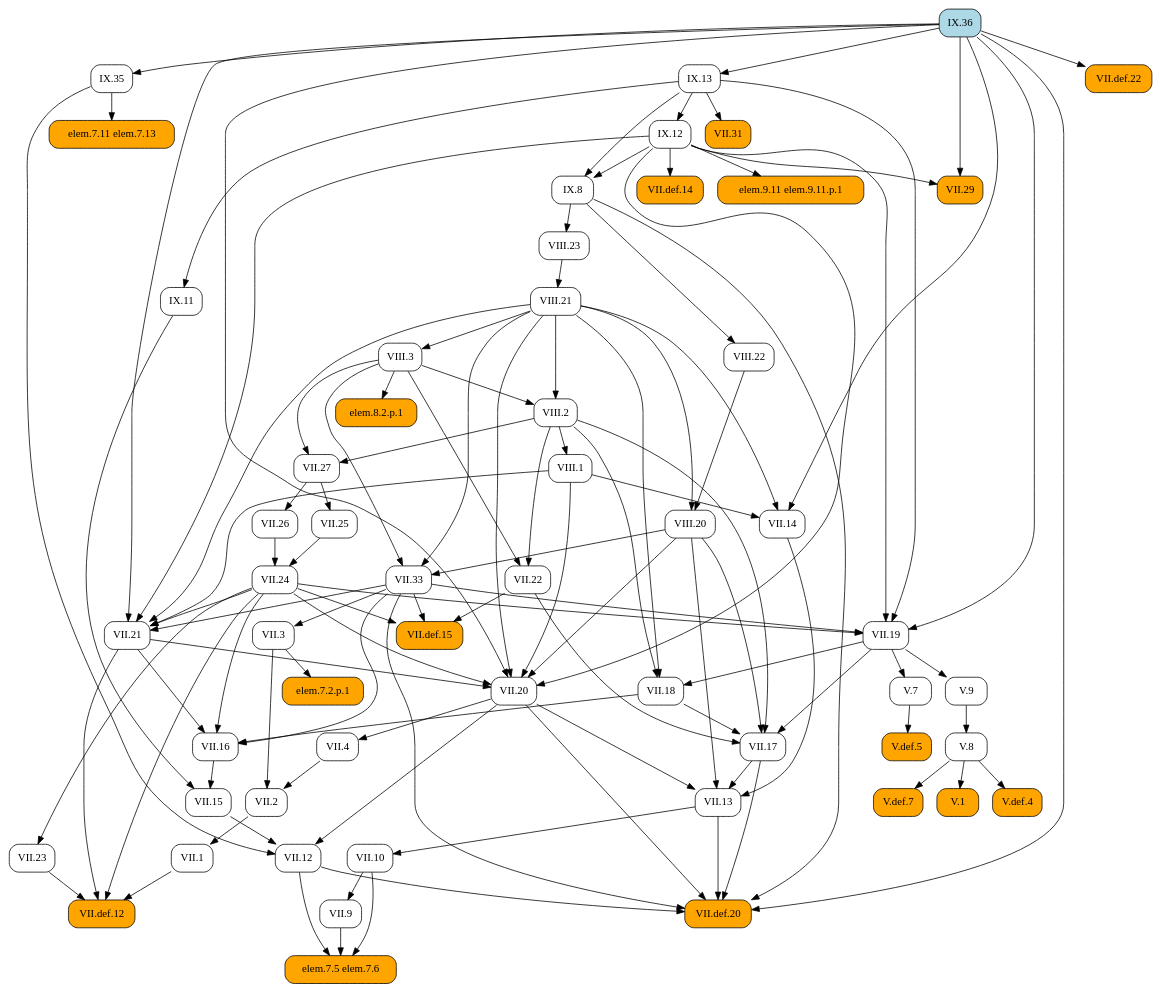
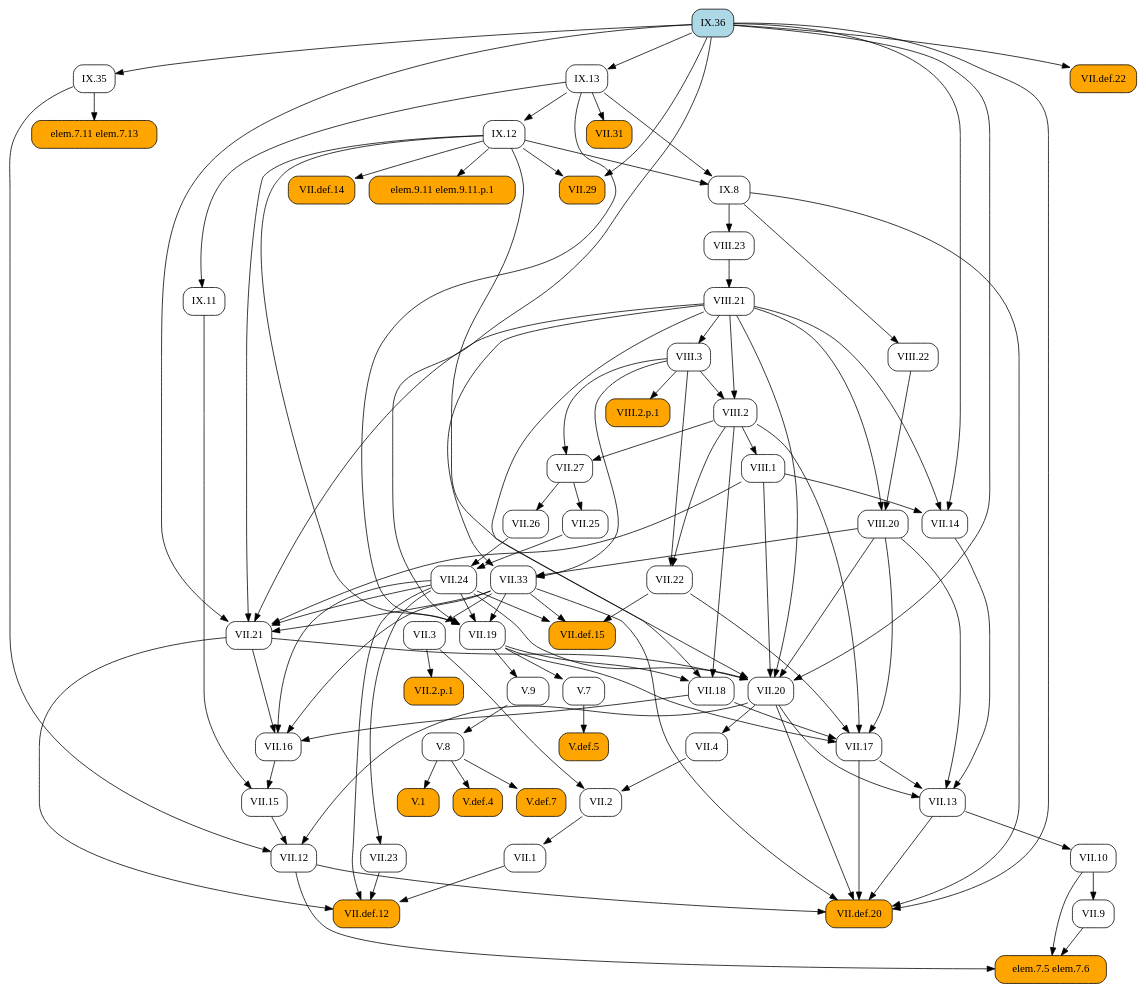
The diagram in docsrc/heath/IX/36/index.rst (geometor/elements), drawn with Graphviz before and after one commit. The commit also changed 484 other files, not shown here.

```diff
--- a/docsrc/heath/IX/36/index.rst
+++ b/docsrc/heath/IX/36/index.rst
@@ -88,120 +88,79 @@
    digraph {
      rankdir="TB";
      node [shape=box, style=rounded];
-     "VII.1" [URL="/heath/VII/1/", target="_top"];
+     "IX.8" [URL="/heath/IX/8/", target="_top"];
+     "VII.12" [URL="/heath/VII/12/", target="_top"];
+     "VII.def.14" [style="rounded,filled", fillcolor=orange, URL="/heath/VII/def.14/", target="_top"];
+     "elem.7.5 elem.7.6" [style="rounded,filled", fillcolor=orange];
+     "VIII.20" [URL="/heath/VIII/20/", target="_top"];
+     "VII.33" [URL="/heath/VII/33/", target="_top"];
      "VII.9" [URL="/heath/VII/9/", target="_top"];
-     "V.def.5" [style="rounded,filled", fillcolor=orange, URL="/heath/V/def.5/", target="_top"];
-     "IX.13" [URL="/heath/IX/13/", target="_top"];
-     "VII.29" [style="rounded,filled", fillcolor=orange, URL="/heath/VII/29/", target="_top"];
-     "VIII.23" [URL="/heath/VIII/23/", target="_top"];
      "IX.12" [URL="/heath/IX/12/", target="_top"];
-     "IX.11" [URL="/heath/IX/11/", target="_top"];
-     "VII.17" [URL="/heath/VII/17/", target="_top"];
-     "VII.3" [URL="/heath/VII/3/", target="_top"];
-     "elem.7.5 elem.7.6" [style="rounded,filled", fillcolor=orange];
-     "IX.35" [URL="/heath/IX/35/", target="_top"];
-     "VIII.21" [URL="/heath/VIII/21/", target="_top"];
-     "V.7" [URL="/heath/V/7/", target="_top"];
-     "V.9" [URL="/heath/V/9/", target="_top"];
      "IX.36" [style="rounded,filled", fillcolor=lightblue, URL="/heath/IX/36/", target="_top"];
-     "VII.13" [URL="/heath/VII/13/", target="_top"];
-     "VII.2" [URL="/heath/VII/2/", target="_top"];
-     "VIII.1" [URL="/heath/VIII/1/", target="_top"];
      "VIII.2" [URL="/heath/VIII/2/", target="_top"];
-     "VII.12" [URL="/heath/VII/12/", target="_top"];
-     "IX.8" [URL="/heath/IX/8/", target="_top"];
-     "VII.24" [URL="/heath/VII/24/", target="_top"];
-     "VII.def.14" [style="rounded,filled", fillcolor=orange, URL="/heath/VII/def.14/", target="_top"];
-     "VII.def.12" [style="rounded,filled", fillcolor=orange, URL="/heath/VII/def.12/", target="_top"];
-     "V.8" [URL="/heath/V/8/", target="_top"];
-     "VII.33" [URL="/heath/VII/33/", target="_top"];
-     "VIII.22" [URL="/heath/VIII/22/", target="_top"];
-     "elem.7.2.p.1" [style="rounded,filled", fillcolor=orange];
-     "elem.9.11 elem.9.11.p.1" [style="rounded,filled", fillcolor=orange];
-     "VII.10" [URL="/heath/VII/10/", target="_top"];
-     "VII.def.15" [style="rounded,filled", fillcolor=orange, URL="/heath/VII/def.15/", target="_top"];
-     "VII.19" [URL="/heath/VII/19/", target="_top"];
      "VII.18" [URL="/heath/VII/18/", target="_top"];
      "VII.16" [URL="/heath/VII/16/", target="_top"];
+     "V.7" [URL="/heath/V/7/", target="_top"];
      "VII.26" [URL="/heath/VII/26/", target="_top"];
+     "V.def.5" [style="rounded,filled", fillcolor=orange, URL="/heath/V/def.5/", target="_top"];
+     "V.9" [URL="/heath/V/9/", target="_top"];
+     "VII.10" [URL="/heath/VII/10/", target="_top"];
+     "VIII.3" [URL="/heath/VIII/3/", target="_top"];
+     "VII.13" [URL="/heath/VII/13/", target="_top"];
+     "VIII.23" [URL="/heath/VIII/23/", target="_top"];
+     "VII.29" [style="rounded,filled", fillcolor=orange, URL="/heath/VII/29/", target="_top"];
+     "VII.31" [style="rounded,filled", fillcolor=orange, URL="/heath/VII/31/", target="_top"];
+     "elem.9.11 elem.9.11.p.1" [style="rounded,filled", fillcolor=orange];
+     "elem.7.11 elem.7.13" [style="rounded,filled", fillcolor=orange];
+     "VII.def.15" [style="rounded,filled", fillcolor=orange, URL="/heath/VII/def.15/", target="_top"];
+     "IX.13" [URL="/heath/IX/13/", target="_top"];
+     "VII.17" [URL="/heath/VII/17/", target="_top"];
+     "VII.19" [URL="/heath/VII/19/", target="_top"];
+     "VIII.2.p.1" [style="rounded,filled", fillcolor=orange];
+     "VII.2" [URL="/heath/VII/2/", target="_top"];
+     "VII.def.20" [style="rounded,filled", fillcolor=orange, URL="/heath/VII/def.20/", target="_top"];
+     "VII.2.p.1" [style="rounded,filled", fillcolor=orange];
+     "VII.15" [URL="/heath/VII/15/", target="_top"];
+     "V.def.4" [style="rounded,filled", fillcolor=orange, URL="/heath/V/def.4/", target="_top"];
+     "IX.35" [URL="/heath/IX/35/", target="_top"];
+     "VIII.22" [URL="/heath/VIII/22/", target="_top"];
+     "V.def.7" [style="rounded,filled", fillcolor=orange, URL="/heath/V/def.7/", target="_top"];
+     "VII.14" [URL="/heath/VII/14/", target="_top"];
+     "VIII.21" [URL="/heath/VIII/21/", target="_top"];
+     "VII.def.22" [style="rounded,filled", fillcolor=orange, URL="/heath/VII/def.22/", target="_top"];
+     "VII.27" [URL="/heath/VII/27/", target="_top"];
+     "VII.21" [URL="/heath/VII/21/", target="_top"];
+     "VII.1" [URL="/heath/VII/1/", target="_top"];
+     "VII.22" [URL="/heath/VII/22/", target="_top"];
+     "IX.11" [URL="/heath/IX/11/", target="_top"];
+     "VIII.1" [URL="/heath/VIII/1/", target="_top"];
+     "V.8" [URL="/heath/V/8/", target="_top"];
+     "VII.25" [URL="/heath/VII/25/", target="_top"];
+     "VII.23" [URL="/heath/VII/23/", target="_top"];
      "VII.4" [URL="/heath/VII/4/", target="_top"];
-     "VII.25" [URL="/heath/VII/25/", target="_top"];
-     "VII.21" [URL="/heath/VII/21/", target="_top"];
+     "VII.def.12" [style="rounded,filled", fillcolor=orange, URL="/heath/VII/def.12/", target="_top"];
      "V.1" [style="rounded,filled", fillcolor=orange, URL="/heath/V/1/", target="_top"];
-     "VII.def.22" [style="rounded,filled", fillcolor=orange, URL="/heath/VII/def.22/", target="_top"];
+     "VII.3" [URL="/heath/VII/3/", target="_top"];
+     "VII.24" [URL="/heath/VII/24/", target="_top"];
      "VII.20" [URL="/heath/VII/20/", target="_top"];
-     "VII.14" [URL="/heath/VII/14/", target="_top"];
-     "VII.27" [URL="/heath/VII/27/", target="_top"];
-     "V.def.4" [style="rounded,filled", fillcolor=orange, URL="/heath/V/def.4/", target="_top"];
-     "VIII.3" [URL="/heath/VIII/3/", target="_top"];
-     "VII.31" [style="rounded,filled", fillcolor=orange, URL="/heath/VII/31/", target="_top"];
-     "VII.22" [URL="/heath/VII/22/", target="_top"];
-     "VIII.20" [URL="/heath/VIII/20/", target="_top"];
-     "V.def.7" [style="rounded,filled", fillcolor=orange, URL="/heath/V/def.7/", target="_top"];
-     "elem.7.11 elem.7.13" [style="rounded,filled", fillcolor=orange];
-     "VII.23" [URL="/heath/VII/23/", target="_top"];
-     "VII.15" [URL="/heath/VII/15/", target="_top"];
-     "VII.def.20" [style="rounded,filled", fillcolor=orange, URL="/heath/VII/def.20/", target="_top"];
-     "elem.8.2.p.1" [style="rounded,filled", fillcolor=orange];
-     "VII.2" -> "VII.1";
-     "VII.10" -> "VII.9";
-     "V.7" -> "V.def.5";
-     "IX.36" -> "IX.13";
-     "IX.12" -> "VII.29";
-     "IX.36" -> "VII.29";
-     "IX.8" -> "VIII.23";
-     "IX.13" -> "IX.12";
-     "IX.13" -> "IX.11";
-     "VII.18" -> "VII.17";
-     "VII.19" -> "VII.17";
-     "VII.22" -> "VII.17";
-     "VIII.2" -> "VII.17";
-     "VIII.20" -> "VII.17";
-     "VII.33" -> "VII.3";
+     "IX.12" -> "IX.8";
+     "IX.13" -> "IX.8";
+     "VII.15" -> "VII.12";
+     "VII.20" -> "VII.12";
+     "IX.35" -> "VII.12";
+     "IX.12" -> "VII.def.14";
      "VII.9" -> "elem.7.5 elem.7.6";
      "VII.10" -> "elem.7.5 elem.7.6";
      "VII.12" -> "elem.7.5 elem.7.6";
-     "IX.36" -> "IX.35";
-     "VIII.23" -> "VIII.21";
-     "VII.19" -> "V.7";
-     "VII.19" -> "V.9";
-     "VII.14" -> "VII.13";
-     "VII.17" -> "VII.13";
-     "VII.20" -> "VII.13";
-     "VIII.20" -> "VII.13";
-     "VII.3" -> "VII.2";
-     "VII.4" -> "VII.2";
-     "VIII.2" -> "VIII.1";
-     "VIII.3" -> "VIII.2";
-     "VIII.21" -> "VIII.2";
-     "VII.15" -> "VII.12";
-     "VII.20" -> "VII.12";
-     "IX.35" -> "VII.12";
-     "IX.12" -> "IX.8";
-     "IX.13" -> "IX.8";
-     "VII.25" -> "VII.24";
-     "VII.26" -> "VII.24";
-     "IX.12" -> "VII.def.14";
-     "VII.1" -> "VII.def.12";
-     "VII.21" -> "VII.def.12";
-     "VII.23" -> "VII.def.12";
-     "VII.24" -> "VII.def.12";
-     "V.9" -> "V.8";
+     "VIII.21" -> "VIII.20";
+     "VIII.22" -> "VIII.20";
      "VIII.3" -> "VII.33";
      "VIII.20" -> "VII.33";
      "VIII.21" -> "VII.33";
-     "IX.8" -> "VIII.22";
-     "VII.3" -> "elem.7.2.p.1";
-     "IX.12" -> "elem.9.11 elem.9.11.p.1";
-     "VII.13" -> "VII.10";
-     "VII.22" -> "VII.def.15";
-     "VII.24" -> "VII.def.15";
-     "VII.33" -> "VII.def.15";
-     "VII.24" -> "VII.19";
-     "VII.33" -> "VII.19";
-     "IX.12" -> "VII.19";
-     "IX.13" -> "VII.19";
-     "IX.36" -> "VII.19";
+     "VII.10" -> "VII.9";
+     "IX.13" -> "IX.12";
+     "VIII.3" -> "VIII.2";
+     "VIII.21" -> "VIII.2";
      "VII.19" -> "VII.18";
      "VIII.2" -> "VII.18";
      "VIII.21" -> "VII.18";
@@ -209,17 +168,83 @@
      "VII.21" -> "VII.16";
      "VII.24" -> "VII.16";
      "VII.33" -> "VII.16";
+     "VII.19" -> "V.7";
      "VII.27" -> "VII.26";
-     "VII.20" -> "VII.4";
-     "VII.27" -> "VII.25";
+     "V.7" -> "V.def.5";
+     "VII.19" -> "V.9";
+     "VII.13" -> "VII.10";
+     "VIII.21" -> "VIII.3";
+     "VII.14" -> "VII.13";
+     "VII.17" -> "VII.13";
+     "VII.20" -> "VII.13";
+     "VIII.20" -> "VII.13";
+     "IX.8" -> "VIII.23";
+     "IX.12" -> "VII.29";
+     "IX.36" -> "VII.29";
+     "IX.13" -> "VII.31";
+     "IX.12" -> "elem.9.11 elem.9.11.p.1";
+     "IX.35" -> "elem.7.11 elem.7.13";
+     "VII.22" -> "VII.def.15";
+     "VII.24" -> "VII.def.15";
+     "VII.33" -> "VII.def.15";
+     "IX.36" -> "IX.13";
+     "VII.18" -> "VII.17";
+     "VII.19" -> "VII.17";
+     "VII.22" -> "VII.17";
+     "VIII.2" -> "VII.17";
+     "VIII.20" -> "VII.17";
+     "VII.24" -> "VII.19";
+     "VII.33" -> "VII.19";
+     "IX.12" -> "VII.19";
+     "IX.13" -> "VII.19";
+     "IX.36" -> "VII.19";
+     "VIII.3" -> "VIII.2.p.1";
+     "VII.3" -> "VII.2";
+     "VII.4" -> "VII.2";
+     "VII.12" -> "VII.def.20";
+     "VII.13" -> "VII.def.20";
+     "VII.17" -> "VII.def.20";
+     "VII.20" -> "VII.def.20";
+     "VII.33" -> "VII.def.20";
+     "IX.8" -> "VII.def.20";
+     "IX.36" -> "VII.def.20";
+     "VII.3" -> "VII.2.p.1";
+     "VII.16" -> "VII.15";
+     "IX.11" -> "VII.15";
+     "V.8" -> "V.def.4";
+     "IX.36" -> "IX.35";
+     "IX.8" -> "VIII.22";
+     "V.8" -> "V.def.7";
+     "VIII.1" -> "VII.14";
+     "VIII.21" -> "VII.14";
+     "IX.36" -> "VII.14";
+     "VIII.23" -> "VIII.21";
+     "IX.36" -> "VII.def.22";
+     "VIII.2" -> "VII.27";
+     "VIII.3" -> "VII.27";
      "VII.24" -> "VII.21";
      "VII.33" -> "VII.21";
      "VIII.1" -> "VII.21";
      "VIII.21" -> "VII.21";
      "IX.12" -> "VII.21";
      "IX.36" -> "VII.21";
+     "VII.2" -> "VII.1";
+     "VIII.2" -> "VII.22";
+     "VIII.3" -> "VII.22";
+     "IX.13" -> "IX.11";
+     "VIII.2" -> "VIII.1";
+     "V.9" -> "V.8";
+     "VII.27" -> "VII.25";
+     "VII.24" -> "VII.23";
+     "VII.20" -> "VII.4";
+     "VII.1" -> "VII.def.12";
+     "VII.21" -> "VII.def.12";
+     "VII.23" -> "VII.def.12";
+     "VII.24" -> "VII.def.12";
      "V.8" -> "V.1";
-     "IX.36" -> "VII.def.22";
+     "VII.33" -> "VII.3";
+     "VII.25" -> "VII.24";
+     "VII.26" -> "VII.24";
      "VII.21" -> "VII.20";
      "VII.24" -> "VII.20";
      "VIII.1" -> "VII.20";
@@ -227,29 +252,4 @@
      "VIII.21" -> "VII.20";
      "IX.12" -> "VII.20";
      "IX.36" -> "VII.20";
-     "VIII.1" -> "VII.14";
-     "VIII.21" -> "VII.14";
-     "IX.36" -> "VII.14";
-     "VIII.2" -> "VII.27";
-     "VIII.3" -> "VII.27";
-     "V.8" -> "V.def.4";
-     "VIII.21" -> "VIII.3";
-     "IX.13" -> "VII.31";
-     "VIII.2" -> "VII.22";
-     "VIII.3" -> "VII.22";
-     "VIII.21" -> "VIII.20";
-     "VIII.22" -> "VIII.20";
-     "V.8" -> "V.def.7";
-     "IX.35" -> "elem.7.11 elem.7.13";
-     "VII.24" -> "VII.23";
-     "VII.16" -> "VII.15";
-     "IX.11" -> "VII.15";
-     "VII.12" -> "VII.def.20";
-     "VII.13" -> "VII.def.20";
-     "VII.17" -> "VII.def.20";
-     "VII.20" -> "VII.def.20";
-     "VII.33" -> "VII.def.20";
-     "IX.8" -> "VII.def.20";
-     "IX.36" -> "VII.def.20";
-     "VIII.3" -> "elem.8.2.p.1";
    }
```
